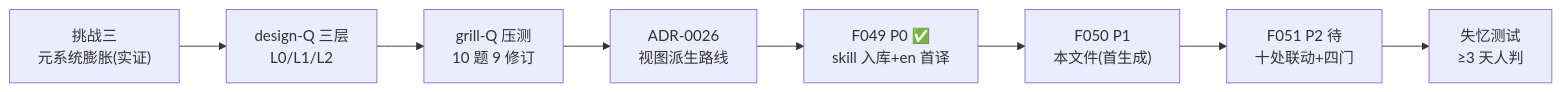
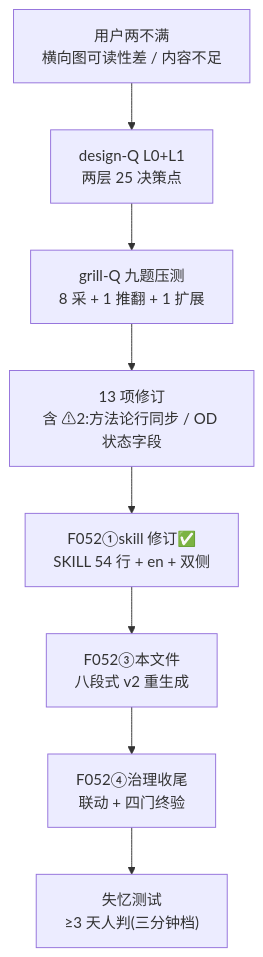
Before and after one commit to code-cycler/info-driven-ai-se-harness-engineering: the second of 5 diagrams in harness/PROJECT-OVERVIEW.md, drawn with Mermaid. The commit also changed other lines of this file and 27 other files, not shown here.

````diff
--- a/harness/PROJECT-OVERVIEW.md
+++ b/harness/PROJECT-OVERVIEW.md
@@ -85,10 +170,10 @@
 ```mermaid
-flowchart LR
-    S1["挑战三<br/>元系统膨胀(实证)"] --> S2["design-Q 三层<br/>L0/L1/L2"]
-    S2 --> S3["grill-Q 压测<br/>10 题 9 修订"]
-    S3 --> S4["ADR-0026<br/>视图派生路线"]
-    S4 --> S5["F049 P0 ✅<br/>skill 入库+en 首译"]
-    S5 --> S6["F050 P1<br/>本文件(首生成)"]
-    S6 --> S7["F051 P2 待<br/>十处联动+四门"]
-    S7 --> S8["失忆测试<br/>≥3 天人判"]
+flowchart TD
+    S1["用户两不满<br/>横向图可读性差 / 内容不足"] --> S2["design-Q L0+L1<br/>两层 25 决策点"]
+    S2 --> S3["grill-Q 九题压测<br/>8 采 + 1 推翻 + 1 扩展"]
+    S3 --> S4["13 项修订<br/>含 ⚠2:方法论行同步 / OD 状态字段"]
+    S4 --> S5["F052①skill 修订✅<br/>SKILL 54 行 + en + 双侧"]
+    S5 --> S6["F052③本文件<br/>八段式 v2 重生成"]
+    S6 --> S7["F052④治理收尾<br/>联动 + 四门终验"]
+    S7 --> S8["失忆测试<br/>≥3 天人判(三分钟档)"]
 ```
````
